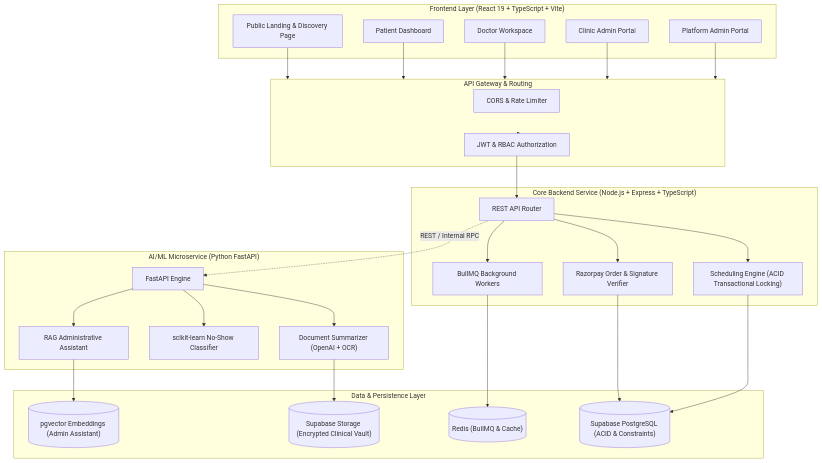
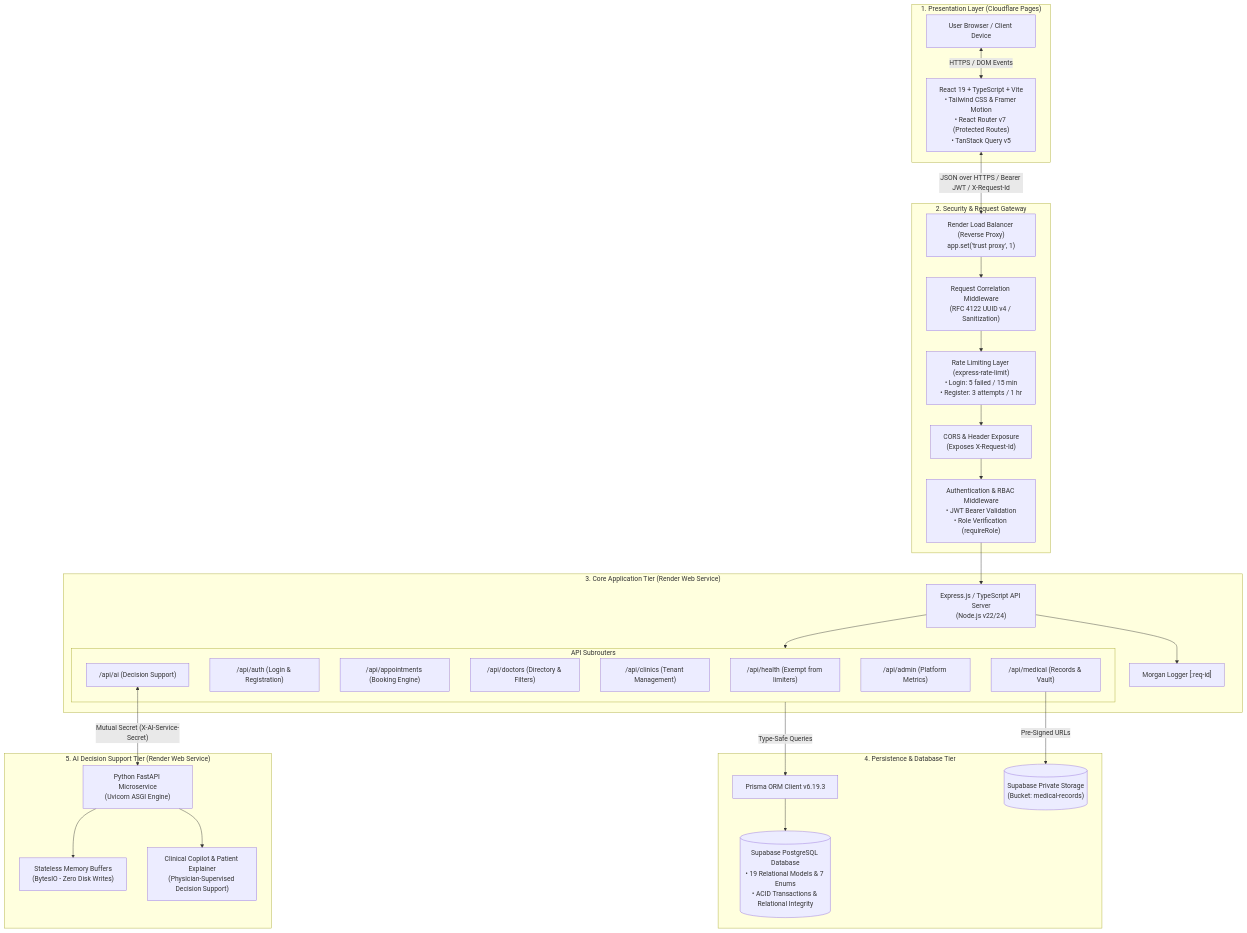
Before and after one commit to Sahithi200423/MediSlot-AI-Healthcare: the first of 2 diagrams in docs/architecture.md, drawn with Mermaid. The commit also changed other lines of this file and 4 other files, not shown here.

````diff
--- a/docs/architecture.md
+++ b/docs/architecture.md
@@ -9,60 +11,63 @@
 ```mermaid
-graph TD
-    subgraph Clients ["Frontend Layer (React 19 + TypeScript + Vite)"]
-        Landing["Public Landing & Discovery Page"]
-        PatientPortal["Patient Dashboard"]
-        DoctorWorkspace["Doctor Workspace"]
-        ClinicAdmin["Clinic Admin Portal"]
-        SuperAdmin["Platform Admin Portal"]
+flowchart TD
+    subgraph ClientTier ["1. Presentation Layer (Cloudflare Pages)"]
+        Browser["User Browser / Client Device"]
+        ReactApp["React 19 + TypeScript + Vite<br/>• Tailwind CSS & Framer Motion<br/>• React Router v7 (Protected Routes)<br/>• TanStack Query v5"]
+        Browser <-->|"HTTPS / DOM Events"| ReactApp
     end
 
-    subgraph Gateway ["API Gateway & Routing"]
-        CORS["CORS & Rate Limiter"]
-        AuthMiddleware["JWT & RBAC Authorization"]
+    subgraph SecurityGateway ["2. Security & Request Gateway"]
+        Proxy["Render Load Balancer (Reverse Proxy)<br/>app.set('trust proxy', 1)"]
+        ReqId["Request Correlation Middleware<br/>(RFC 4122 UUID v4 / Sanitization)"]
+        RateLimit["Rate Limiting Layer (express-rate-limit)<br/>• Login: 5 failed / 15 min<br/>• Register: 3 attempts / 1 hr"]
+        CorsLayer["CORS & Header Exposure<br/>(Exposes X-Request-Id)"]
+        AuthMid["Authentication & RBAC Middleware<br/>• JWT Bearer Validation<br/>• Role Verification (requireRole)"]
+        
+        Proxy --> ReqId
+        ReqId --> RateLimit
+        RateLimit --> CorsLayer
+        CorsLayer --> AuthMid
     end
 
-    subgraph Backend ["Core Backend Service (Node.js + Express + TypeScript)"]
-        API["REST API Router"]
-        Scheduler["Scheduling Engine (ACID Transactional Locking)"]
-        PaymentHandler["Razorpay Order & Signature Verifier"]
-        BullMQWorker["BullMQ Background Workers"]
+    subgraph BackendCore ["3. Core Application Tier (Render Web Service)"]
+        ExpressApp["Express.js / TypeScript API Server<br/>(Node.js v22/24)"]
+        MorganLog["Morgan Logger [:req-id]"]
+        AuthMid --> ExpressApp
+        ExpressApp --> MorganLog
+        
+        subgraph Subrouters ["API Subrouters"]
+            RHealth["/api/health (Exempt from limiters)"]
+            RAuth["/api/auth (Login & Registration)"]
+            RAppt["/api/appointments (Booking Engine)"]
+            RDoctors["/api/doctors (Directory & Filters)"]
+            RClinics["/api/clinics (Tenant Management)"]
+            RMedical["/api/medical (Records & Vault)"]
+            RAdmin["/api/admin (Platform Metrics)"]
+            RAiRouter["/api/ai (Decision Support)"]
+        end
+
+        ExpressApp --> Subrouters
     end
 
-    subgraph Database ["Data & Persistence Layer"]
-        SupabasePostgres[("Supabase PostgreSQL (ACID & Constraints)")]
-        PgVector[("pgvector Embeddings (Admin Assistant)")]
-        SupabaseStorage[("Supabase Storage (Encrypted Clinical Vault)")]
-        RedisCache[("Redis (BullMQ & Cache)")]
+    subgraph PersistenceTier ["4. Persistence & Database Tier"]
+        PrismaClient["Prisma ORM Client v6.19.3"]
+        PostgresDB[("Supabase PostgreSQL Database<br/>• 19 Relational Models & 7 Enums<br/>• ACID Transactions & Relational Integrity")]
+        StorageBucket[("Supabase Private Storage<br/>(Bucket: medical-records)")]
+        
+        Subrouters -->|"Type-Safe Queries"| PrismaClient
+        PrismaClient --> PostgresDB
+        RMedical -->|"Pre-Signed URLs"| StorageBucket
     end
 
-    subgraph AIService ["AI/ML Microservice (Python FastAPI)"]
-        FastAPIApp["FastAPI Engine"]
-        DocSummarizer["Document Summarizer (OpenAI + OCR)"]
-        NoShowModel["scikit-learn No-Show Classifier"]
-        RAGAssistant["RAG Administrative Assistant"]
+    subgraph AiMicroservice ["5. AI Decision Support Tier (Render Web Service)"]
+        FastAPIApp["Python FastAPI Microservice<br/>(Uvicorn ASGI Engine)"]
+        MemoryBuffer["Stateless Memory Buffers<br/>(BytesIO - Zero Disk Writes)"]
+        AiModelRouter["Clinical Copilot & Patient Explainer<br/>(Physician-Supervised Decision Support)"]
+        
+        RAiRouter <-->|"Mutual Secret (X-AI-Service-Secret)"| FastAPIApp
+        FastAPIApp --> MemoryBuffer
+        FastAPIApp --> AiModelRouter
     end
 
-    Landing --> Gateway
-    PatientPortal --> Gateway
-    DoctorWorkspace --> Gateway
-    ClinicAdmin --> Gateway
-    SuperAdmin --> Gateway
-
-    Gateway --> AuthMiddleware
-    AuthMiddleware --> API
-
-    API --> Scheduler
-    API --> PaymentHandler
-    API --> BullMQWorker
-
-    Scheduler --> SupabasePostgres
-    PaymentHandler --> SupabasePostgres
-    BullMQWorker --> RedisCache
-
-    API -.->|REST / Internal RPC| FastAPIApp
-    FastAPIApp --> DocSummarizer
-    FastAPIApp --> NoShowModel
-    FastAPIApp --> RAGAssistant
-    RAGAssistant --> PgVector
-    DocSummarizer --> SupabaseStorage
+    ReactApp <-->|"JSON over HTTPS / Bearer JWT / X-Request-Id"| Proxy
 ```
````
